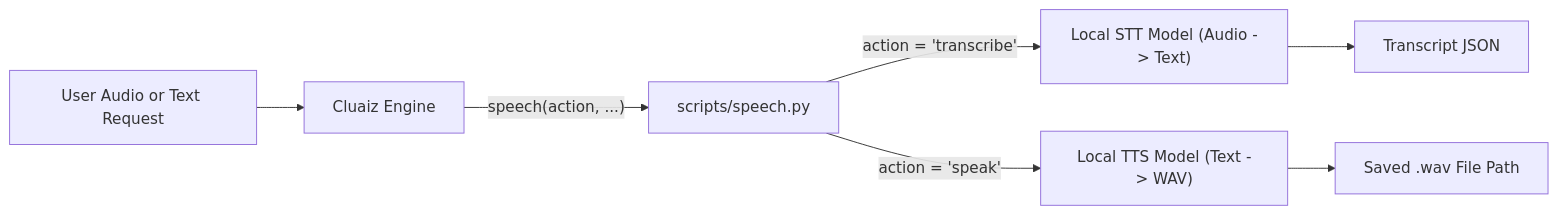
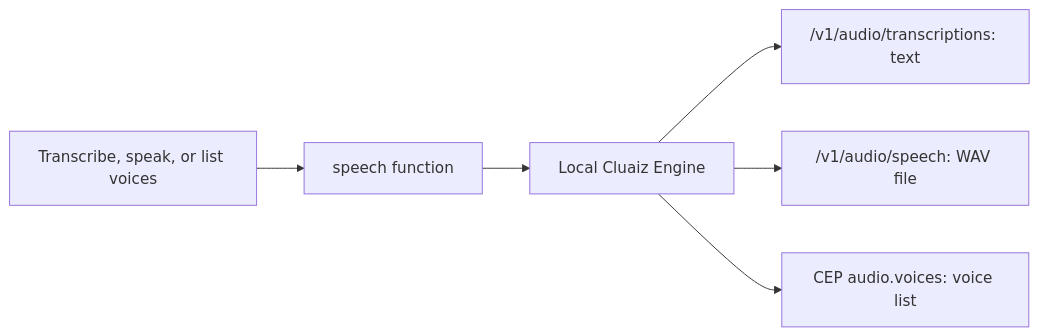
The diagram in skills/speech/README.md (cluaiz/cluaiz-tools), drawn with Mermaid before and after one commit. The commit also changed other lines of this file and 80 other files, not shown here.

````diff
--- a/skills/speech/README.md
+++ b/skills/speech/README.md
@@ -14,9 +7,8 @@
 ```mermaid
 flowchart LR
-    User["User Audio or Text Request"] --> Engine["Cluaiz Engine"]
-    Engine -->|"speech(action, ...)"| Script["scripts/speech.py"]
-    Script -->|"action = 'transcribe'"| STT["Local STT Model (Audio -> Text)"]
-    Script -->|"action = 'speak'"| TTS["Local TTS Model (Text -> WAV)"]
-    STT --> Out1["Transcript JSON"]
-    TTS --> Out2["Saved .wav File Path"]
+    Ask["Transcribe, speak, or list voices"] --> Fn["speech function"]
+    Fn --> Engine["Local Cluaiz Engine"]
+    Engine --> STT["/v1/audio/transcriptions: text"]
+    Engine --> TTS["/v1/audio/speech: WAV file"]
+    Engine --> Voices["CEP audio.voices: voice list"]
 ```
````
